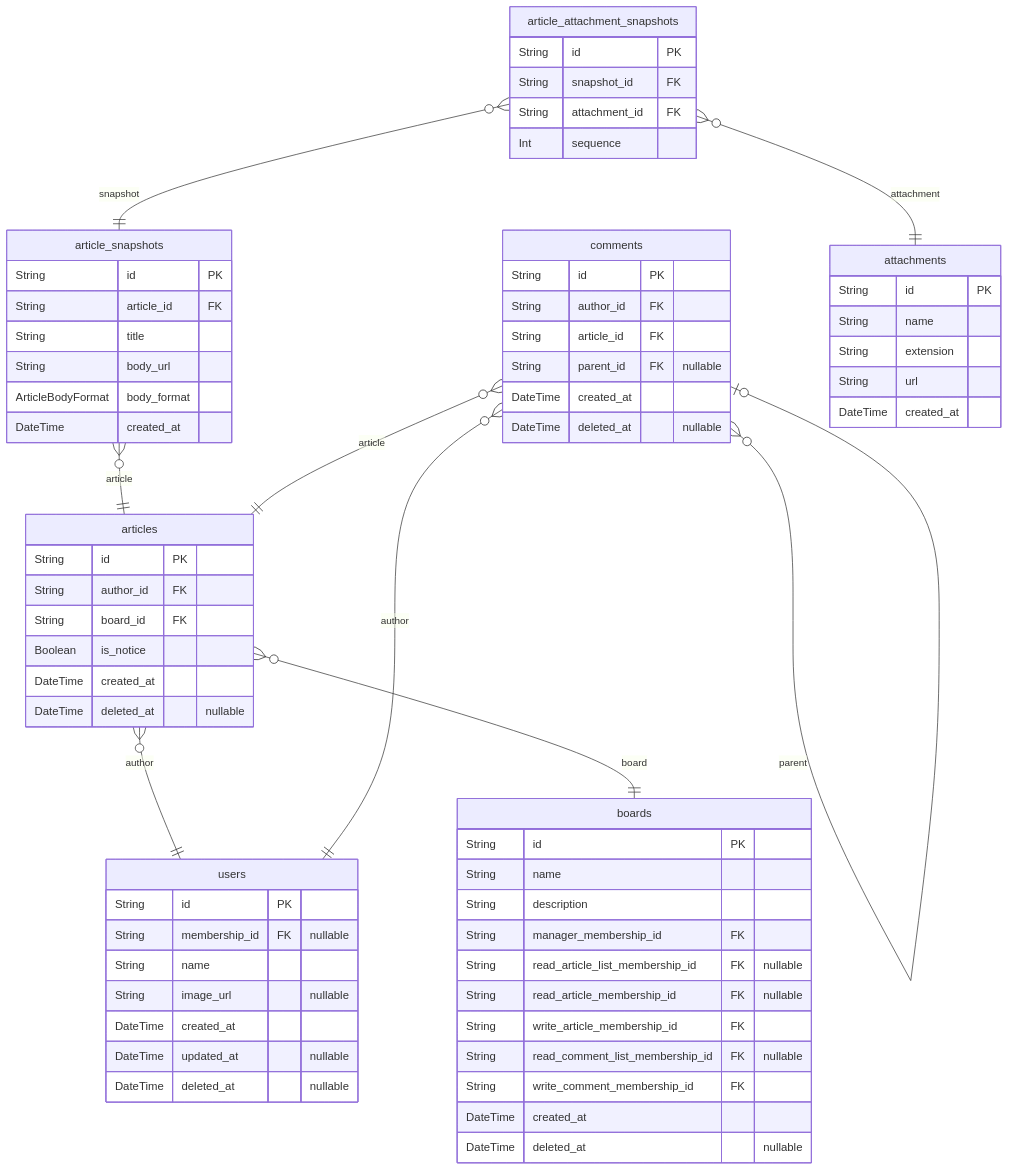
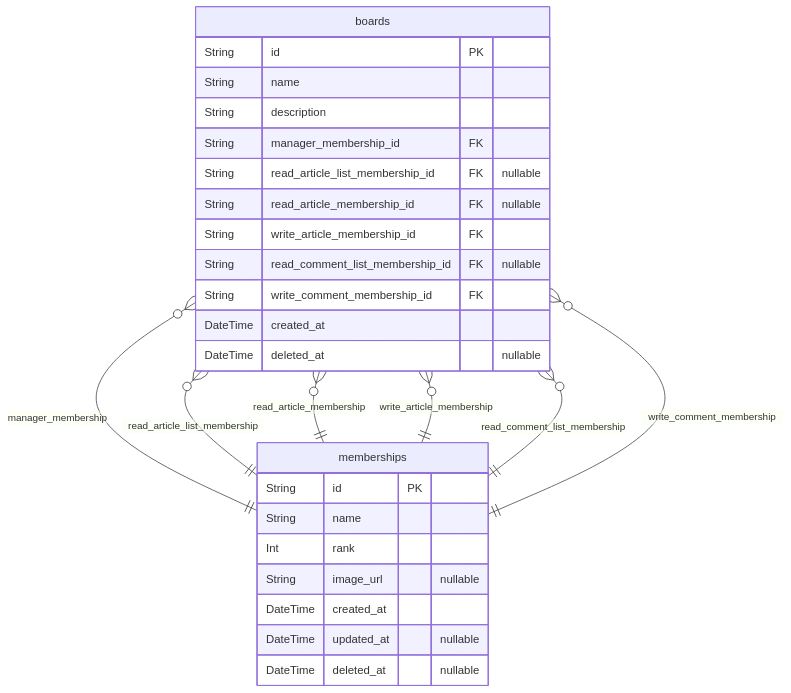
Before and after one commit to rojiwon123/bbs: the fourth of 5 diagrams in ERD.md, drawn with Mermaid. The commit also changed other lines of this file and 67 other files, not shown here.

````diff
--- a/ERD.md
+++ b/ERD.md
@@ -690,70 +664,31 @@
 ```mermaid
 erDiagram
-"articles" {
-    String id PK
-    String author_id FK
-    String board_id FK
-    Boolean is_notice
-    DateTime created_at
-    DateTime deleted_at "nullable"
-}
-"article_snapshots" {
-    String id PK
-    String article_id FK
-    String title
-    String body_url
-    ArticleBodyFormat body_format
-    DateTime created_at
-}
-"article_attachment_snapshots" {
-    String id PK
-    String snapshot_id FK
-    String attachment_id FK
-    Int sequence
-}
 "boards" {
     String id PK
     String name
     String description
     String manager_membership_id FK
     String read_article_list_membership_id FK "nullable"
     String read_article_membership_id FK "nullable"
     String write_article_membership_id FK
     String read_comment_list_membership_id FK "nullable"
     String write_comment_membership_id FK
     DateTime created_at
     DateTime deleted_at "nullable"
 }
-"comments" {
-    String id PK
-    String author_id FK
-    String article_id FK
-    String parent_id FK "nullable"
-    DateTime created_at
-    DateTime deleted_at "nullable"
-}
-"attachments" {
+"memberships" {
     String id PK
     String name
-    String extension
-    String url
-    DateTime created_at
-}
-"users" {
-    String id PK
-    String membership_id FK "nullable"
-    String name
+    Int rank
     String image_url "nullable"
     DateTime created_at
     DateTime updated_at "nullable"
     DateTime deleted_at "nullable"
 }
-"articles" }o--|| "users" : author
-"articles" }o--|| "boards" : board
-"article_snapshots" }o--|| "articles" : article
-"article_attachment_snapshots" }o--|| "article_snapshots" : snapshot
-"article_attachment_snapshots" }o--|| "attachments" : attachment
-"comments" }o--|| "users" : author
-"comments" }o--|| "articles" : article
-"comments" }o--o| "comments" : parent
+"boards" }o--|| "memberships" : manager_membership
+"boards" }o--|| "memberships" : read_article_list_membership
+"boards" }o--|| "memberships" : read_article_membership
+"boards" }o--|| "memberships" : write_article_membership
+"boards" }o--|| "memberships" : read_comment_list_membership
+"boards" }o--|| "memberships" : write_comment_membership
 ```
````
